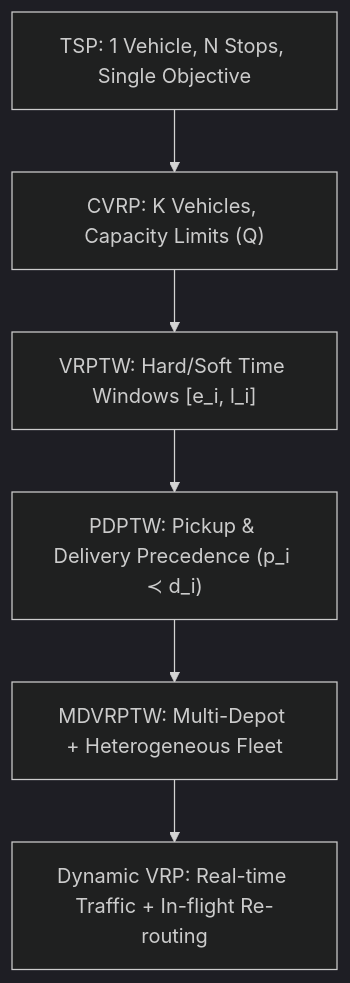
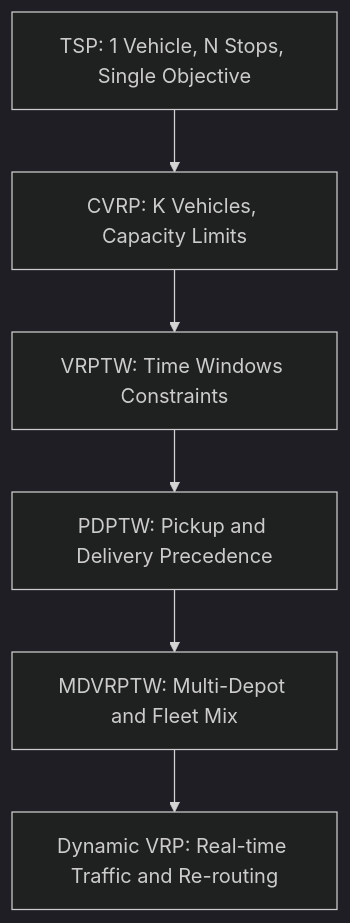
One commit to vesviet/vesviet changed the first of 6 diagrams in content/posts/cvrp-vrptw-alns-fleet-optimization-golang-architecture.md. Above: the diagram before and after it, drawn with Mermaid (dark theme). The commit also changed other lines of this file, not shown here.

First line of the commit message:
fix(diagrams): sanitize mermaid diagrams for version 10.9.3 compatibility

````diff
--- a/content/posts/cvrp-vrptw-alns-fleet-optimization-golang-architecture.md
+++ b/content/posts/cvrp-vrptw-alns-fleet-optimization-golang-architecture.md
@@ -51,8 +51,8 @@
 ```mermaid
 flowchart TD
-    TSP["TSP: 1 Vehicle, N Stops, Single Objective"] --> CVRP["CVRP: K Vehicles, Capacity Limits (Q)"]
-    CVRP --> VRPTW["VRPTW: Hard/Soft Time Windows [e_i, l_i]"]
-    VRPTW --> PDPTW["PDPTW: Pickup & Delivery Precedence (p_i ≺ d_i)"]
-    PDPTW --> MDVRPTW["MDVRPTW: Multi-Depot + Heterogeneous Fleet"]
-    MDVRPTW --> DynamicVRP["Dynamic VRP: Real-time Traffic + In-flight Re-routing"]
+    TSP["TSP: 1 Vehicle, N Stops, Single Objective"] --> CVRP["CVRP: K Vehicles, Capacity Limits"]
+    CVRP --> VRPTW["VRPTW: Time Windows Constraints"]
+    VRPTW --> PDPTW["PDPTW: Pickup and Delivery Precedence"]
+    PDPTW --> MDVRPTW["MDVRPTW: Multi-Depot and Fleet Mix"]
+    MDVRPTW --> DynamicVRP["Dynamic VRP: Real-time Traffic and Re-routing"]
 ```
````
